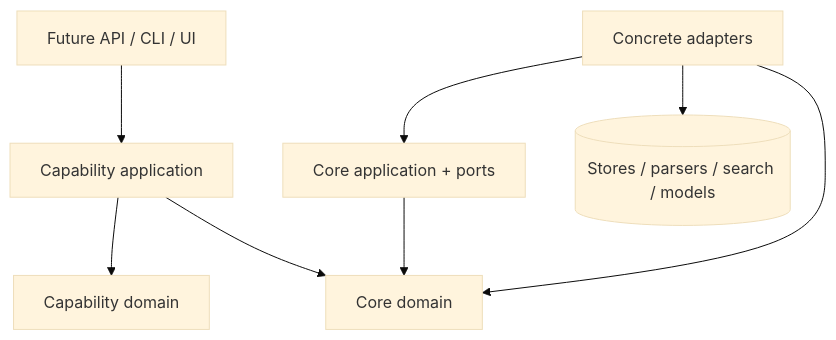
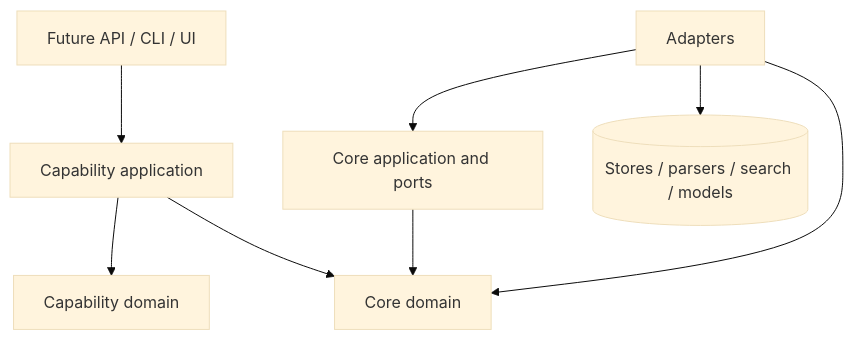
The second of 3 diagrams in docs/architecture/ARCHITECTURE_OVERVIEW.md (kumarchandansingh/tropos), drawn with Mermaid (base theme) before and after one commit. The commit also changed other lines of this file and 13 other files, not shown here.

````diff
--- a/docs/architecture/ARCHITECTURE_OVERVIEW.md
+++ b/docs/architecture/ARCHITECTURE_OVERVIEW.md
@@ -35,18 +32,18 @@
 ```mermaid
 flowchart TB
     Presentation[Future API / CLI / UI]
     CapApp[Capability application]
     CapDomain[Capability domain]
-    CoreApp[Core application + ports]
+    CoreApp[Core application and ports]
     CoreDomain[Core domain]
-    Adapters[Concrete adapters]
+    Adapters[Adapters]
     External[(Stores / parsers / search / models)]
 
     Presentation --> CapApp
     CapApp --> CapDomain
     CapApp --> CoreDomain
     CoreApp --> CoreDomain
+    Adapters --> CoreApp
     Adapters --> CoreDomain
-    Adapters --> CoreApp
     Adapters --> External
 ```
````
